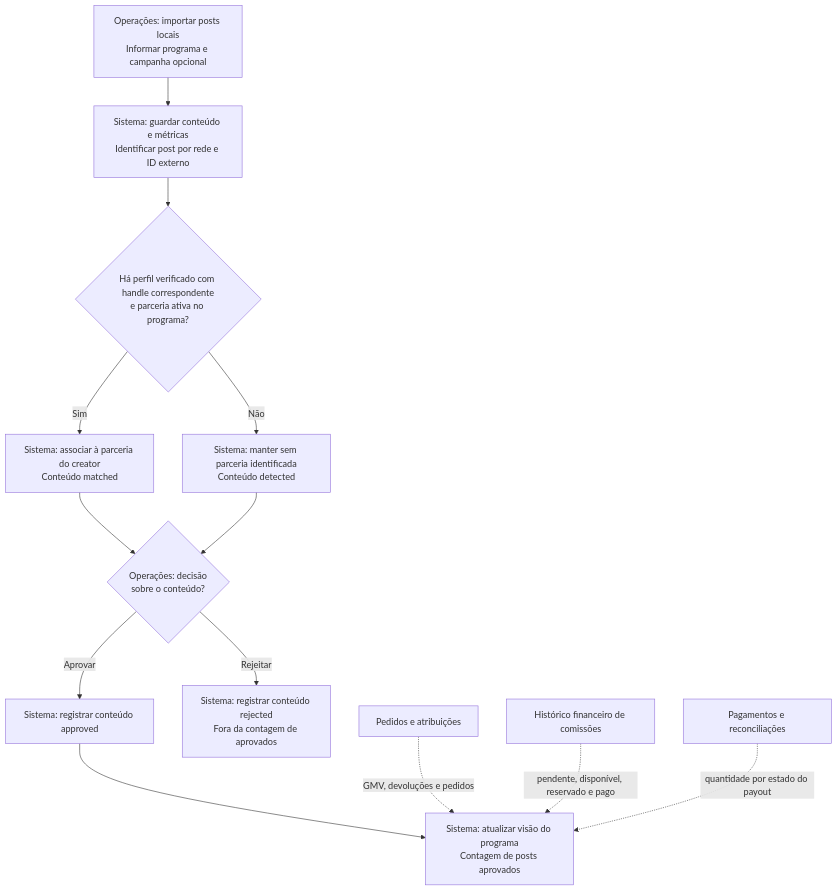
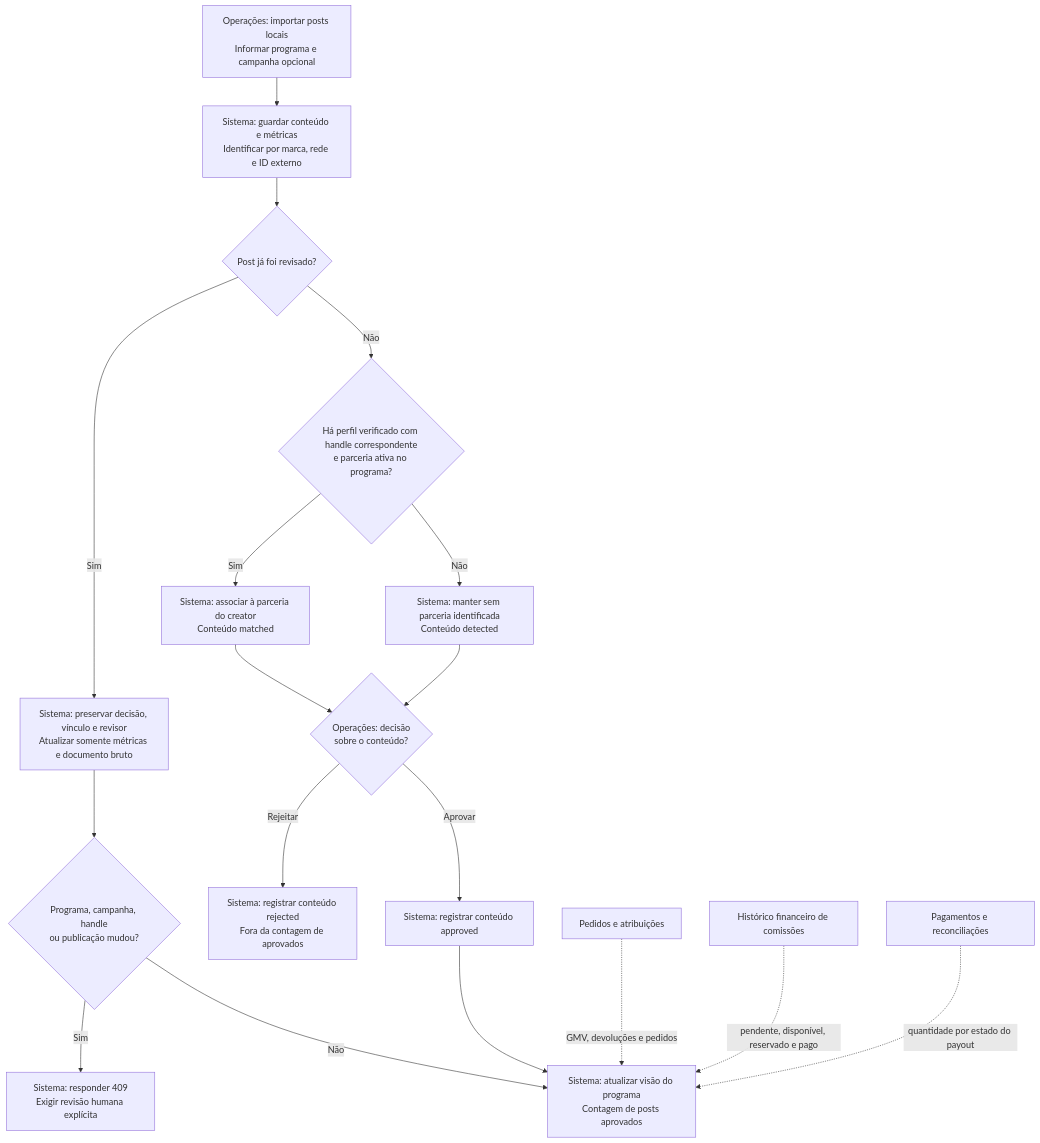
The sixth of 6 diagrams in docs/domain-rules.md (willdeschepper/CreatorOps-Agentic-Platform), drawn with Mermaid before and after one commit. The commit also changed other lines of this file and 66 other files, not shown here.

````diff
--- a/docs/domain-rules.md
+++ b/docs/domain-rules.md
@@ -210,16 +221,21 @@
 ```mermaid
 flowchart TB
     Importar["Operações: importar posts locais<br/>Informar programa e campanha opcional"]
-    Importar --> Guardar["Sistema: guardar conteúdo e métricas<br/>Identificar post por rede e ID externo"]
-    Guardar --> Perfil{"Há perfil verificado com handle correspondente<br/>e parceria ativa no programa?"}
+    Importar --> Guardar["Sistema: guardar conteúdo e métricas<br/>Identificar por marca, rede e ID externo"]
+    Guardar --> Revisado{"Post já foi revisado?"}
+    Revisado -->|Sim| Preservar["Sistema: preservar decisão, vínculo e revisor<br/>Atualizar somente métricas e documento bruto"]
+    Revisado -->|Não| Perfil{"Há perfil verificado com handle correspondente<br/>e parceria ativa no programa?"}
     Perfil -->|Sim| Associado["Sistema: associar à parceria do creator<br/>Conteúdo matched"]
     Perfil -->|Não| Detectado["Sistema: manter sem parceria identificada<br/>Conteúdo detected"]
     Associado --> Revisao{"Operações: decisão<br/>sobre o conteúdo?"}
     Detectado --> Revisao
     Revisao -->|Aprovar| Aprovado["Sistema: registrar conteúdo approved"]
     Revisao -->|Rejeitar| Rejeitado["Sistema: registrar conteúdo rejected<br/>Fora da contagem de aprovados"]
+    Preservar --> Escopo{"Programa, campanha, handle<br/>ou publicação mudou?"}
+    Escopo -->|Sim| Conflito["Sistema: responder 409<br/>Exigir revisão humana explícita"]
+    Escopo -->|Não| Relatorio
     Aprovado --> Relatorio["Sistema: atualizar visão do programa<br/>Contagem de posts aprovados"]
     Vendas["Pedidos e atribuições"] -. "GMV, devoluções e pedidos" .-> Relatorio
     Comissoes["Histórico financeiro de comissões"] -. "pendente, disponível, reservado e pago" .-> Relatorio
     Payouts["Pagamentos e reconciliações"] -. "quantidade por estado do payout" .-> Relatorio
 ```
````
